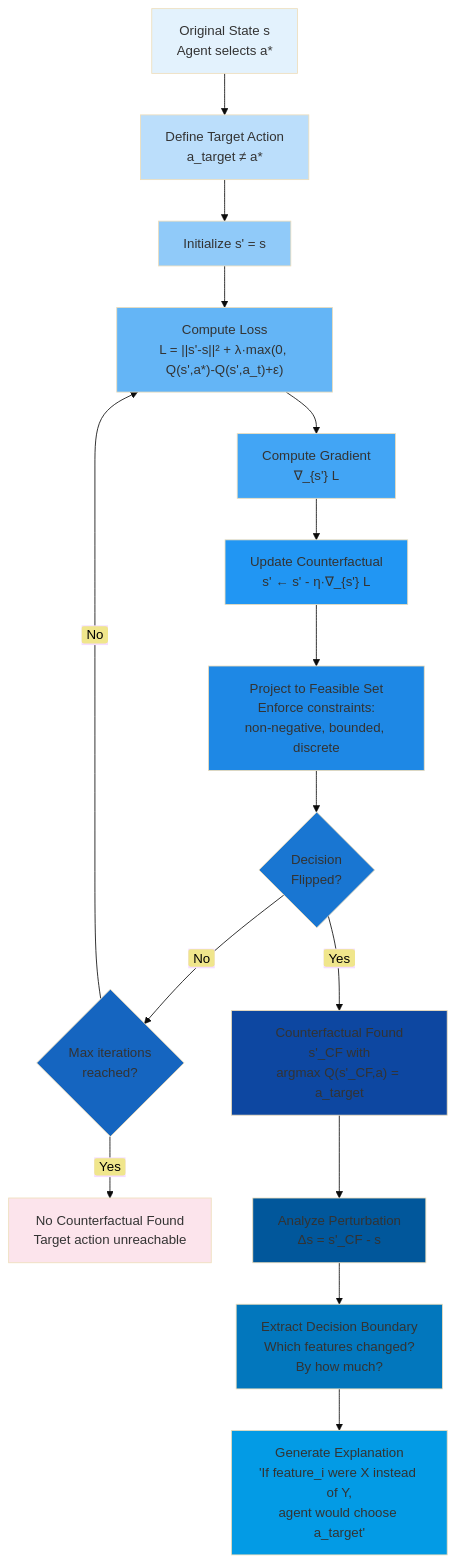
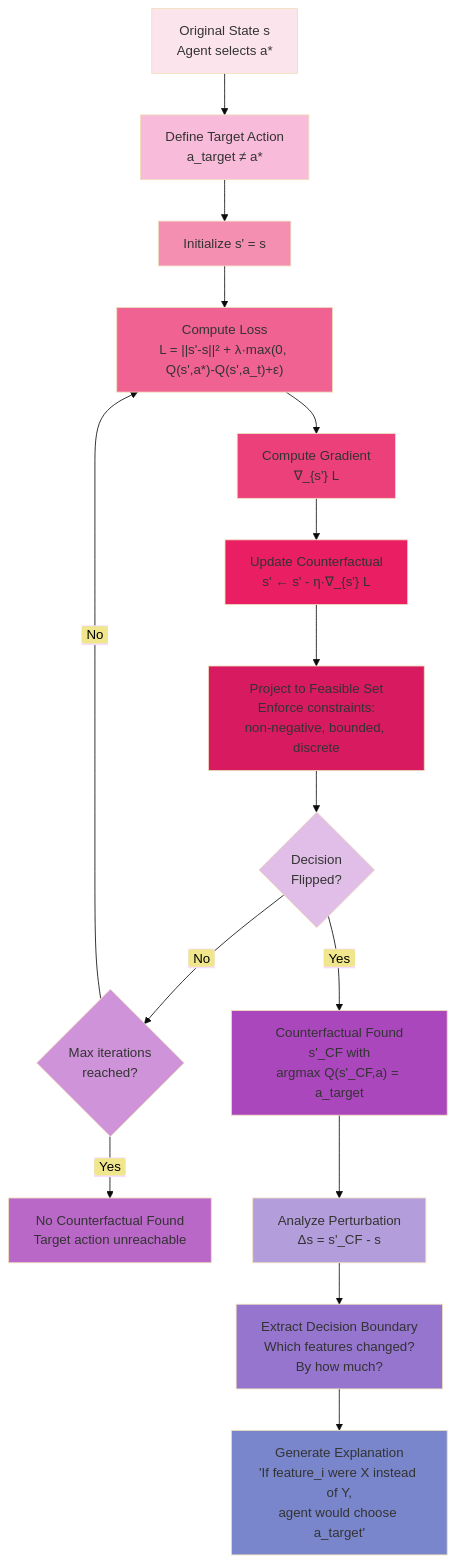
The eighth of 11 diagrams in C_7.md (Chaklader/DPRL-Value-based-methods), drawn with Mermaid (base theme) before and after one commit. The commit also changed other lines of this file, not shown here.

````diff
--- a/C_7.md
+++ b/C_7.md
@@ -2048,43 +2048,43 @@
 ```mermaid
 flowchart TD
     A["Original State s<br>Agent selects a*"] --> B["Define Target Action<br>a_target ≠ a*"]
 
     B --> C["Initialize s' = s"]
 
     C --> D["Compute Loss<br>L = ||s'-s||² + λ·max(0, Q(s',a*)-Q(s',a_t)+ε)"]
 
     D --> E["Compute Gradient<br>∇_{s'} L"]
 
     E --> F["Update Counterfactual<br>s' ← s' - η·∇_{s'} L"]
 
     F --> G["Project to Feasible Set<br>Enforce constraints:<br>non-negative, bounded, discrete"]
 
     G --> H{"Decision<br>Flipped?"}
 
     H -->|<span style='background-color:khaki; color:black; padding:2px 6px; border-radius:3px'>No</span>| I{"Max iterations<br>reached?"}
     I -->|<span style='background-color:khaki; color:black; padding:2px 6px; border-radius:3px'>No</span>| D
     I -->|<span style='background-color:khaki; color:black; padding:2px 6px; border-radius:3px'>Yes</span>| J["No Counterfactual Found<br>Target action unreachable"]
 
     H -->|<span style='background-color:khaki; color:black; padding:2px 6px; border-radius:3px'>Yes</span>| K["Counterfactual Found<br>s'_CF with<br>argmax Q(s'_CF,a) = a_target"]
 
     K --> L["Analyze Perturbation<br>Δs = s'_CF - s"]
 
     L --> M["Extract Decision Boundary<br>Which features changed?<br>By how much?"]
 
     M --> N["Generate Explanation<br>'If feature_i were X instead of Y,<br>agent would choose a_target'"]
 
-    style A fill:#E3F2FD
-    style B fill:#BBDEFB
-    style C fill:#90CAF9
-    style D fill:#64B5F6
-    style E fill:#42A5F5
-    style F fill:#2196F3
-    style G fill:#1E88E5
-    style H fill:#1976D2
-    style I fill:#1565C0
-    style J fill:#FCE4EC
-    style K fill:#0D47A1
-    style L fill:#01579B
-    style M fill:#0277BD
-    style N fill:#039BE5
+style A fill:#FCE4EC
+style B fill:#F8BBD9
+style C fill:#F48FB1
+style D fill:#F06292
+style E fill:#EC407A
+style F fill:#E91E63
+style G fill:#D81B60
+style H fill:#E1BEE7
+style I fill:#CE93D8
+style J fill:#BA68C8
+style K fill:#AB47BC
+style L fill:#B39DDB
+style M fill:#9575CD
+style N fill:#7986CB
 ```
````
